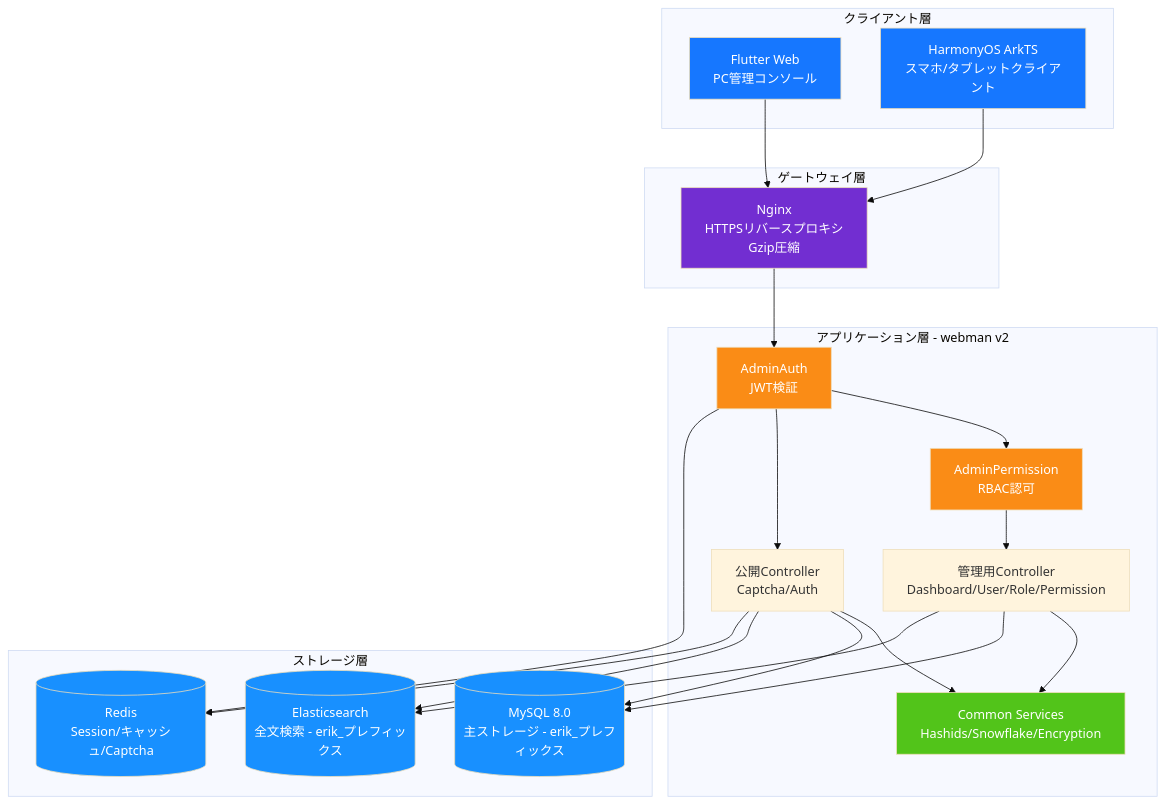
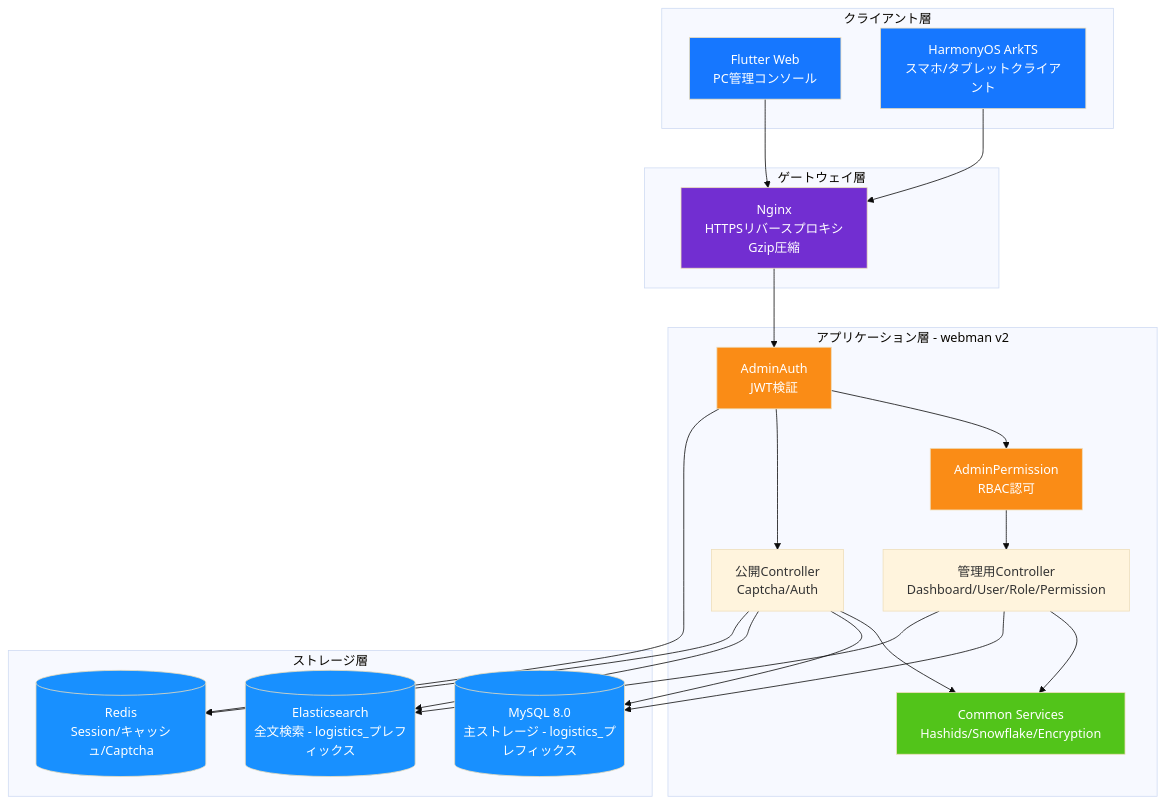
The diagram in admin/docs/diagrams/01-system-architecture.ja.md (erikwang2013/integrated-global-logistics), drawn with Mermaid (base theme) before and after one commit. The commit also changed 211 other files, not shown here.

````diff
--- a/admin/docs/diagrams/01-system-architecture.ja.md
+++ b/admin/docs/diagrams/01-system-architecture.ja.md
@@ -7,50 +7,50 @@
 ```mermaid
 flowchart TB
     subgraph clients["クライアント層"]
         flutter["Flutter Web<br/>PC管理コンソール"]
         harmony["HarmonyOS ArkTS<br/>スマホ/タブレットクライアント"]
     end
 
     subgraph gateway["ゲートウェイ層"]
         nginx["Nginx<br/>HTTPSリバースプロキシ<br/>Gzip圧縮"]
     end
 
     subgraph app["アプリケーション層 - webman v2"]
         auth["AdminAuth<br/>JWT検証"]
         perm["AdminPermission<br/>RBAC認可"]
         admin["管理用Controller<br/>Dashboard/User/Role/Permission"]
         public["公開Controller<br/>Captcha/Auth"]
         common["Common Services<br/>Hashids/Snowflake/Encryption"]
     end
 
     subgraph storage["ストレージ層"]
-        mysql[("MySQL 8.0<br/>主ストレージ - erik_プレフィックス")]
-        es[("Elasticsearch<br/>全文検索 - erik_プレフィックス")]
+        mysql[("MySQL 8.0<br/>主ストレージ - logistics_プレフィックス")]
+        es[("Elasticsearch<br/>全文検索 - logistics_プレフィックス")]
         redis[("Redis<br/>Session/キャッシュ/Captcha")]
     end
 
     flutter --> nginx
     harmony --> nginx
     nginx --> auth
     auth --> perm
     perm --> admin
     auth --> public
     admin --> common
     public --> common
     admin --> mysql
     public --> mysql
     admin --> es
     public --> es
     auth --> redis
     public --> redis
 
     style flutter fill:#1677FF,color:#fff
     style harmony fill:#1677FF,color:#fff
     style nginx fill:#722ED1,color:#fff
     style auth fill:#FA8C16,color:#fff
     style perm fill:#FA8C16,color:#fff
     style common fill:#52C41A,color:#fff
     style mysql fill:#1890FF,color:#fff
     style es fill:#1890FF,color:#fff
     style redis fill:#1890FF,color:#fff
 ```
````
